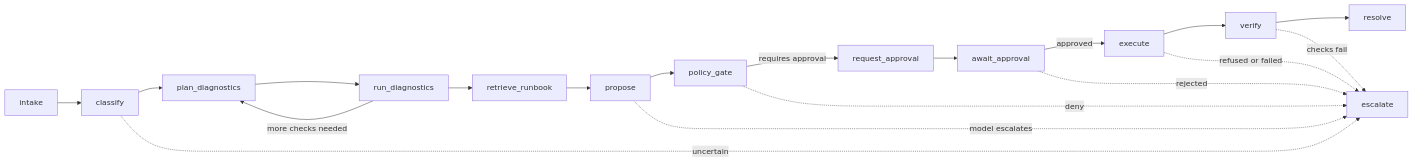
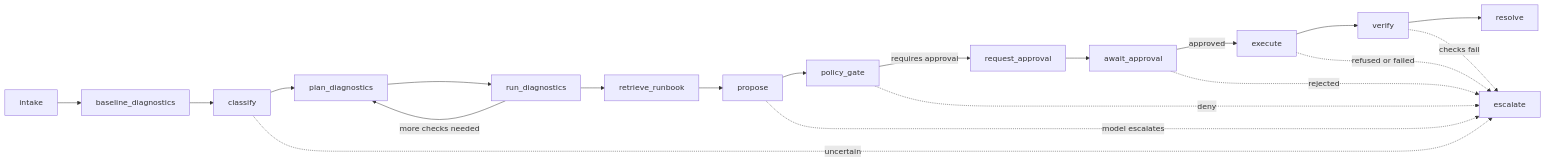
One commit to minimascientific/agentic-reliability-lab changed the diagram in README.md. Above: the diagram before and after it, drawn with Mermaid. The commit also changed other lines of this file and 23 other files, not shown here.

First line of the commit message:
Run deterministic baseline diagnostics before AI classification

````diff
--- a/README.md
+++ b/README.md
@@ -22,15 +22,15 @@
 ```mermaid
 flowchart LR
-    intake --> classify --> plan[plan_diagnostics]
+    intake --> baseline[baseline_diagnostics] --> classify --> plan[plan_diagnostics]
     plan --> run[run_diagnostics]
     run -->|more checks needed| plan
     run --> retrieve[retrieve_runbook] --> propose --> gate[policy_gate]
     gate -->|requires approval| req[request_approval] --> wait[await_approval]
     wait -->|approved| execute --> verify --> resolve
     gate -.->|deny| escalate
     wait -.->|rejected| escalate
     execute -.->|refused or failed| escalate
     verify -.->|checks fail| escalate
     classify -.->|uncertain| escalate
     propose -.->|model escalates| escalate
 ```
````
